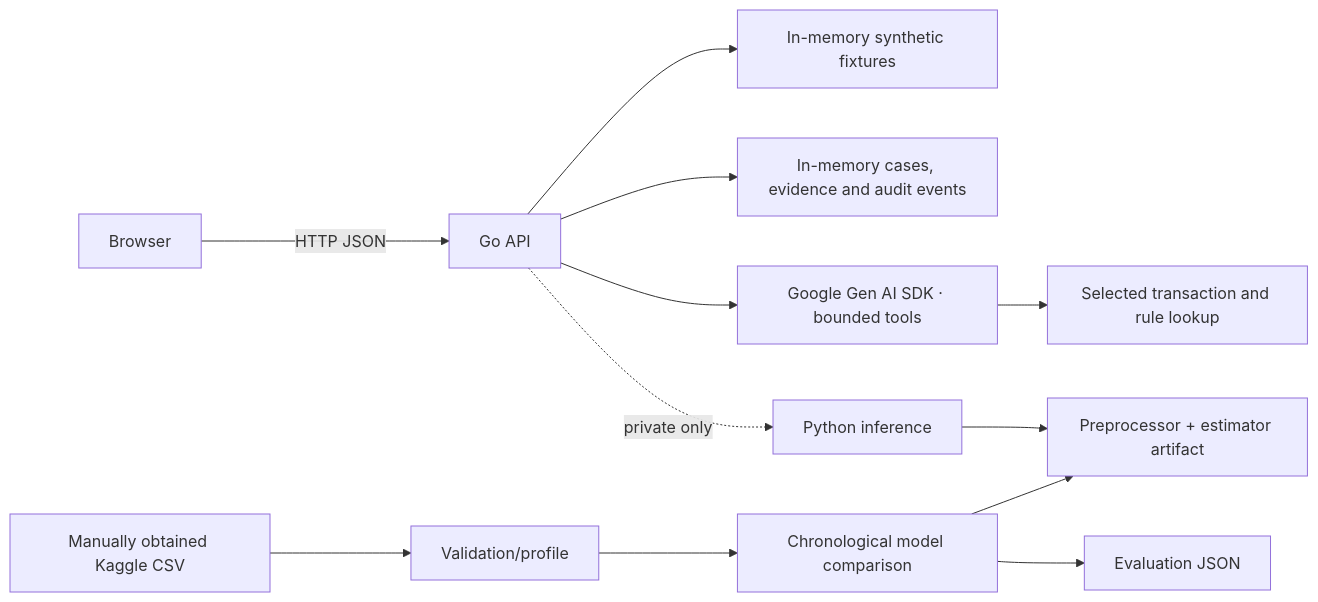
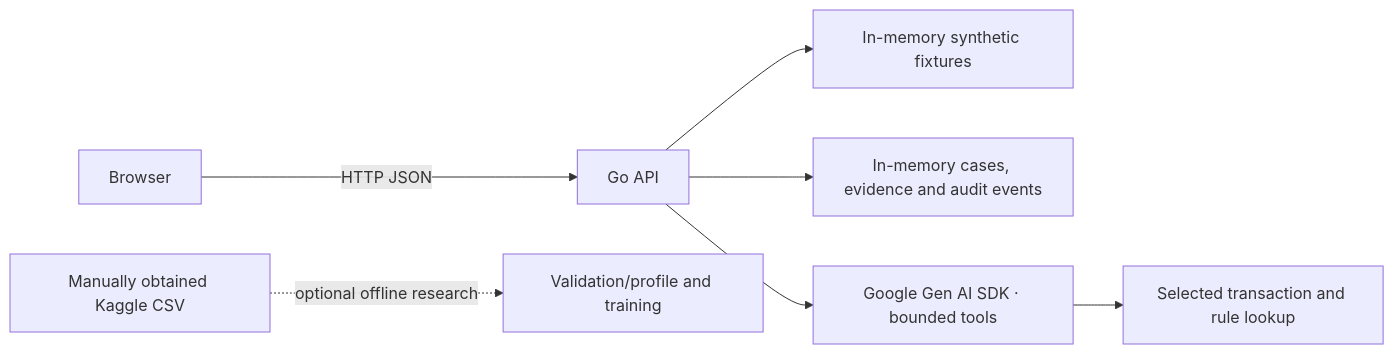
Before and after one commit to meayushsriv/VerityFlow-AI: the diagram in docs/architecture.md, drawn with Mermaid. The commit also changed other lines of this file and 14 other files, not shown here.

````diff
--- a/docs/architecture.md
+++ b/docs/architecture.md
@@ -12,14 +12,9 @@
 ```mermaid
 flowchart LR
   Browser -->|HTTP JSON| GoAPI[Go API]
   GoAPI --> DemoStore[In-memory synthetic fixtures]
   GoAPI --> CaseStore[In-memory cases, evidence and audit events]
   GoAPI --> Gemini[Google Gen AI SDK · bounded tools]
   Gemini --> ReadTools[Selected transaction and rule lookup]
-  GoAPI -. private only .-> Py[Python inference]
-  Py --> Joblib[Preprocessor + estimator artifact]
-  Csv[Manually obtained Kaggle CSV] --> Validate[Validation/profile]
-  Validate --> Train[Chronological model comparison]
-  Train --> Joblib
-  Train --> Eval[Evaluation JSON]
+  Csv[Manually obtained Kaggle CSV] -. optional offline research .-> Validate[Validation/profile and training]
 ```
````
